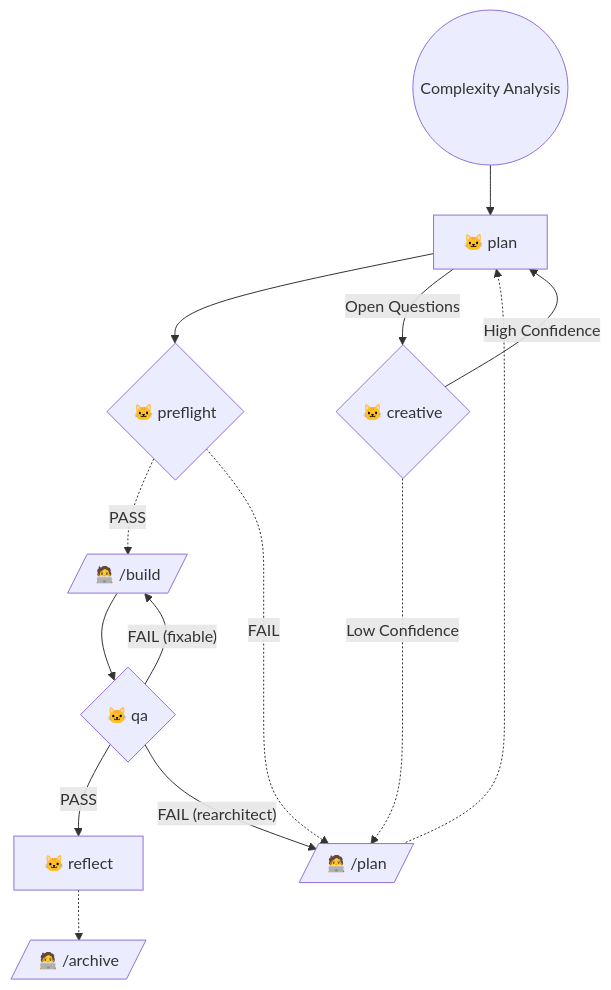
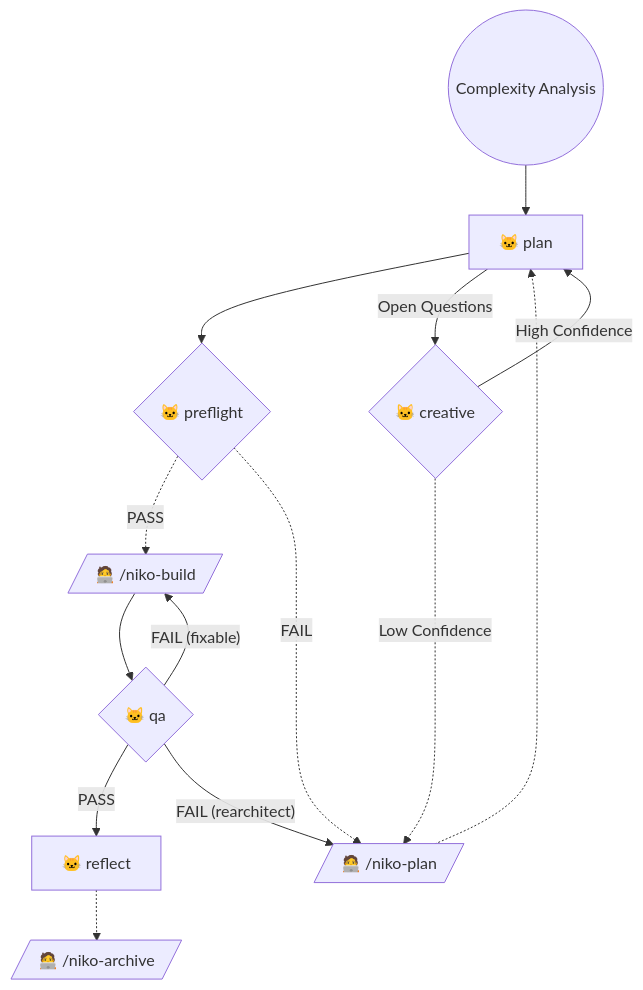
Before and after one commit to Texarkanine/.cursor-rules: the diagram in rulesets/niko2/niko/level3/level3-workflow.mdc, drawn with Mermaid. The commit also changed 11 other files, not shown here.

````diff
--- a/rulesets/niko2/niko/level3/level3-workflow.mdc
+++ b/rulesets/niko2/niko/level3/level3-workflow.mdc
@@ -11,19 +11,19 @@
 ```mermaid
 graph TD
     Start(("Complexity Analysis")) --> NikoPlan["🐱 plan"]
     NikoPlan --> NikoPreflight{"🐱 preflight"}
-    NikoPreflight -.->|"PASS"| ManualBuild[/"🧑‍💻 /build"/]
-    NikoPreflight -.->|"FAIL"| ManualPlan[/"🧑‍💻 /plan"/]
+    NikoPreflight -.->|"PASS"| ManualBuild[/"🧑‍💻 /niko-build"/]
+    NikoPreflight -.->|"FAIL"| ManualPlan[/"🧑‍💻 /niko-plan"/]
 
     NikoPlan -->|"Open Questions"| NikoCreative{"🐱 creative"}
     NikoCreative -->|"High Confidence"| NikoPlan
-    NikoCreative -.->|"Low Confidence"| ManualPlan[/"🧑‍💻 /plan"/]
+    NikoCreative -.->|"Low Confidence"| ManualPlan[/"🧑‍💻 /niko-plan"/]
 
     ManualBuild --> NikoQA{"🐱 qa"}
     NikoQA -->|"PASS"| NikoReflect["🐱 reflect"]
-    NikoReflect -.-> ManualArchive[/"🧑‍💻 /archive"/]
+    NikoReflect -.-> ManualArchive[/"🧑‍💻 /niko-archive"/]
     NikoQA -->|"FAIL (fixable)"| ManualBuild
     NikoQA -->|"FAIL (rearchitect)"| ManualPlan
 
     ManualPlan -.-> NikoPlan
 ```
````
